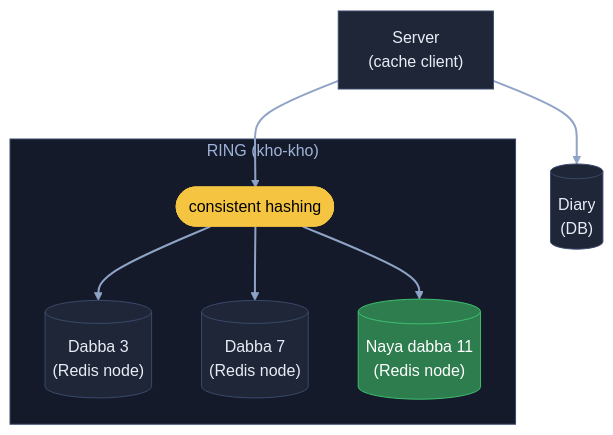
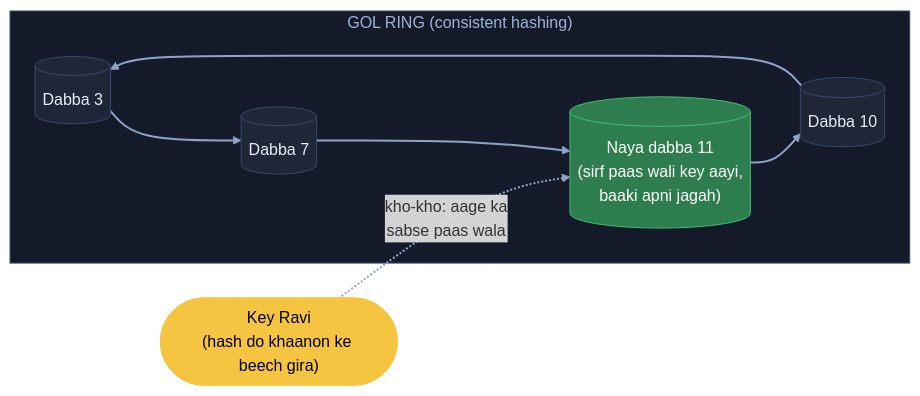
One commit to ArpanMaheshwari144/Prep changed the fourth of 7 diagrams in 04_HLD/SYSTEM_DESIGNS/10_distributed_cache/10_distributed_cache.md. Above: the diagram before and after it, drawn with Mermaid.

Commit message:
Cache kadam 4: ring ka diagram gol chakkar + kho-kho (aage ka sabse paas wala)

````diff
--- a/04_HLD/SYSTEM_DESIGNS/10_distributed_cache/10_distributed_cache.md
+++ b/04_HLD/SYSTEM_DESIGNS/10_distributed_cache/10_distributed_cache.md
@@ -124,22 +124,21 @@
 ```mermaid
-flowchart TB
-    A["Server<br/>(cache client)"]:::card
-    subgraph RG["RING (kho-kho)"]
-        R(["consistent hashing"]):::pill
-        M3[("Dabba 3<br/>(Redis node)")]:::card
-        M7[("Dabba 7<br/>(Redis node)")]:::card
-        M11[("Naya dabba 11<br/>(Redis node)")]:::good
+flowchart LR
+    subgraph RG["GOL RING (consistent hashing)"]
+        M3[("Dabba 3")]:::card
+        M7[("Dabba 7")]:::card
+        M11[("Naya dabba 11<br/>(sirf paas wali key aayi,<br/>baaki apni jagah)")]:::good
+        M10[("Dabba 10")]:::card
     end
-    D[("Diary<br/>(DB)")]:::card
-    A --> R
-    R --> M3
-    R --> M7
-    R --> M11
-    A --> D
+    M3 --> M7
+    M7 --> M11
+    M11 --> M10
+    M10 --> M3
+    K(["Key Ravi<br/>(hash do khaanon ke beech gira)"]):::pill
+    K -. "kho-kho: aage ka<br/>sabse paas wala" .-> M11
     linkStyle default stroke:#8fa3c7,stroke-width:2px
     classDef card fill:#1e2638,stroke:#3a4a6b,color:#e8ecf5
     classDef pill fill:#f5c542,stroke:#f5c542,color:#000
     classDef good fill:#2e7d4f,stroke:#3fbf6f,color:#fff
     classDef bad fill:#5c1f24,stroke:#e05561,color:#fff
     style RG fill:#141a29,stroke:#3a4a6b,color:#9fb3d9
 ```
````
